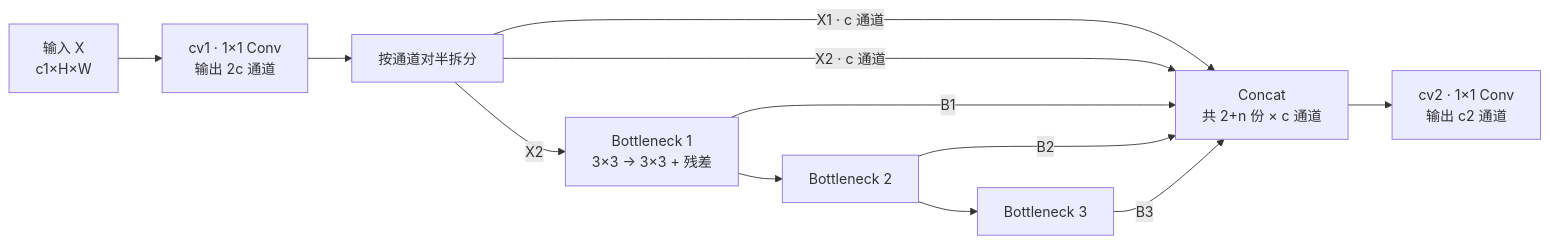
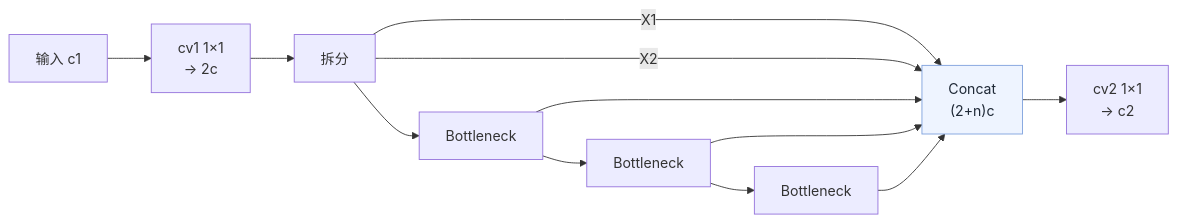
The diagram in 00_Practice_UAV_Aerial_Detection/Learning_Notes/assets/01_YOLO_Research_Core/01_yolo_c2f.mmd (cheerhin-yi/Doctoral-Research-Outline), drawn with Mermaid before and after one commit. The commit also changed 35 other files, not shown here.

```diff
--- a/00_Practice_UAV_Aerial_Detection/Learning_Notes/assets/01_YOLO_Research_Core/01_yolo_c2f.mmd
+++ b/00_Practice_UAV_Aerial_Detection/Learning_Notes/assets/01_YOLO_Research_Core/01_yolo_c2f.mmd
@@ -1,12 +1,14 @@
 flowchart LR
-    X["输入 X<br/>c1×H×W"] --> CV1["cv1 · 1×1 Conv<br/>输出 2c 通道"]
-    CV1 --> SP["按通道对半拆分"]
-    SP -->|"X1 · c 通道"| CAT["Concat<br/>共 2+n 份 × c 通道"]
-    SP -->|"X2 · c 通道"| CAT
-    SP -->|"X2"| B1["Bottleneck 1<br/>3×3 → 3×3 + 残差"]
-    B1 -->|"B1"| CAT
-    B1 --> B2["Bottleneck 2"]
-    B2 -->|"B2"| CAT
-    B2 --> B3["Bottleneck 3"]
-    B3 -->|"B3"| CAT
-    CAT --> CV2["cv2 · 1×1 Conv<br/>输出 c2 通道"]
+    X["输入 c1"] --> V1["cv1 1×1<br/>→ 2c"]
+    V1 --> S["拆分"]
+    S -->|"X1"| C["Concat<br/>(2+n)c"]
+    S -->|"X2"| C
+    S --> B1["Bottleneck"]
+    B1 --> B2["Bottleneck"]
+    B2 --> B3["Bottleneck"]
+    B1 --> C
+    B2 --> C
+    B3 --> C
+    C --> V2["cv2 1×1<br/>→ c2"]
+    classDef acc fill:#eef4ff,stroke:#7c9fdc,color:#1f2937
+    class C acc
```
